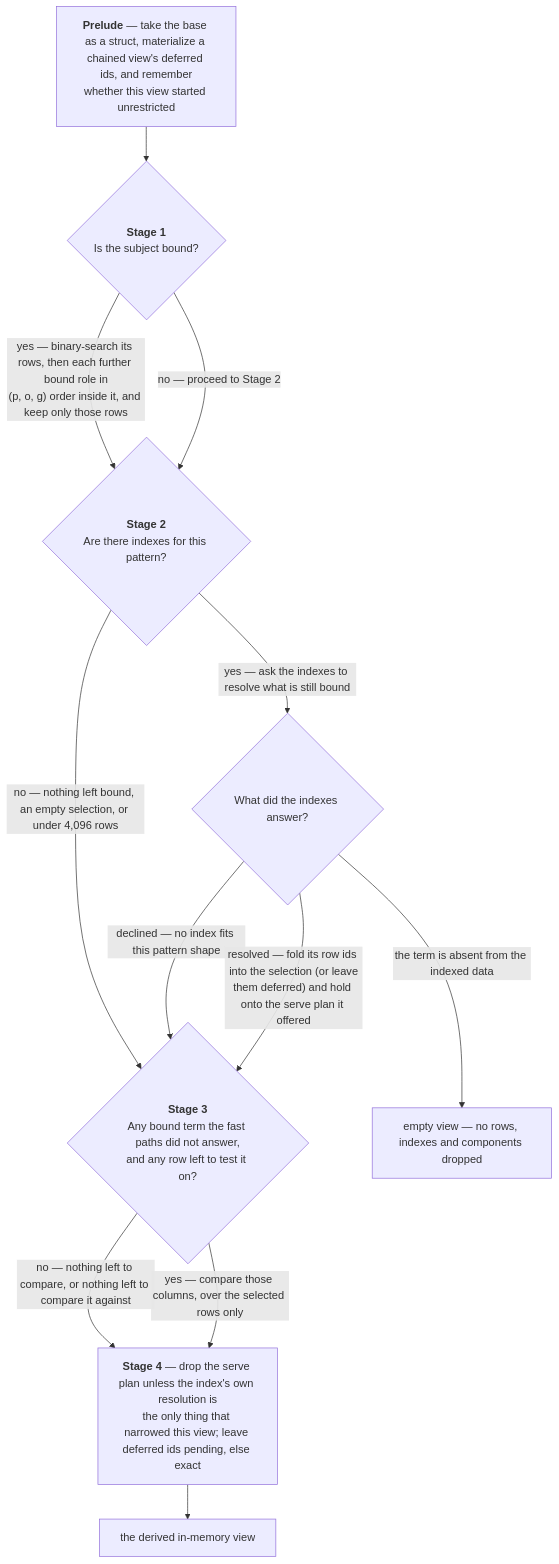
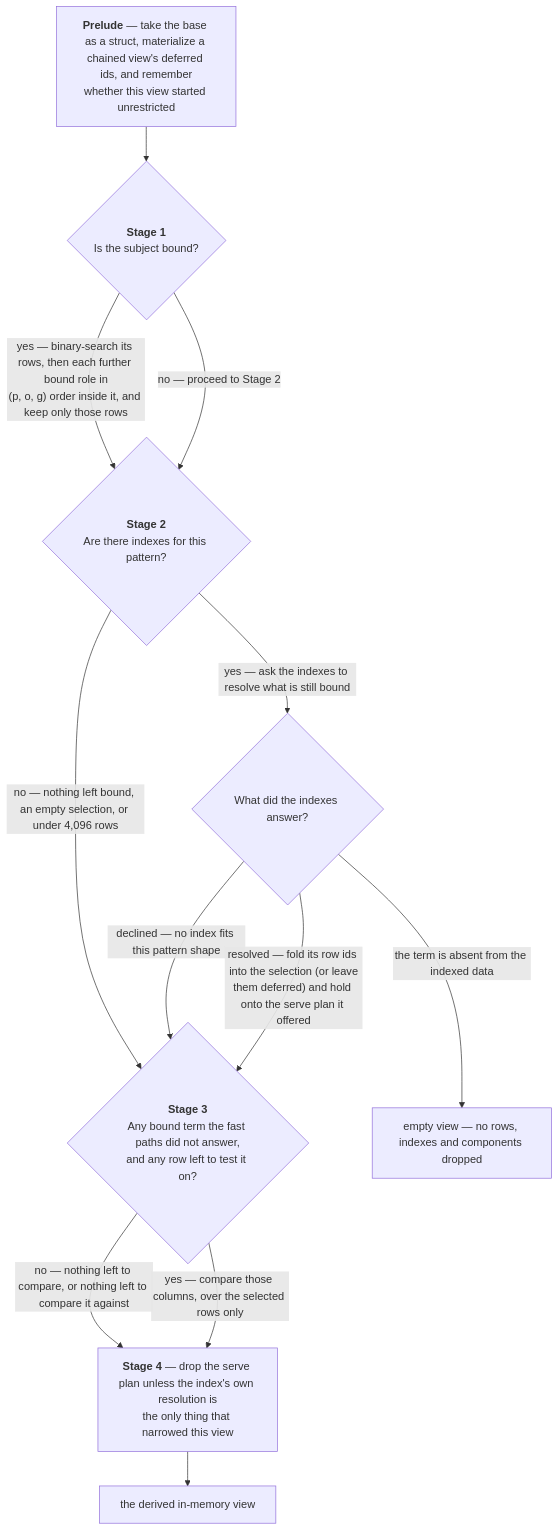
One commit to vortex-rdf/vortex-rdf changed the third of 5 diagrams in docs/matching.md. Above: the diagram before and after it, drawn with Mermaid. The commit also changed other lines of this file and 11 other files, not shown here.

````diff
--- a/docs/matching.md
+++ b/docs/matching.md
@@ -230,25 +230,25 @@
 ```mermaid
 flowchart TD
     S0["<b>Prelude</b> — take the base as a struct, materialize a chained view's deferred ids, and remember<br/>whether this view started unrestricted"] --> S1
 
     S1{"<b>Stage 1</b><br/>Is the subject bound?"}
     S1 -- "yes — binary-search its rows, then each further bound role in<br/>(p, o, g) order inside it, and keep only those rows" --> S2
     S1 -- "no — proceed to Stage 2" --> S2
 
     S2{"<b>Stage 2</b><br/>Are there indexes for this pattern?<br/>"}
     S2 -- "no — nothing left bound, an empty selection, or under 4,096 rows" --> S3
     S2 -- "yes — ask the indexes to resolve what is still bound" --> S2r
 
     S2r{"What did the indexes answer?"}
     S2r -- "the term is absent from the indexed data" --> X
     S2r -- "declined — no index fits this pattern shape" --> S3
     S2r -- "resolved — fold its row ids into the selection (or leave<br/>them deferred) and hold onto the serve plan it offered" --> S3
 
     S3{"<b>Stage 3</b><br/>Any bound term the fast paths did not answer,<br/>and any row left to test it on?"}
     S3 -- "no — nothing left to compare, or nothing left to compare it against" --> S4
     S3 -- "yes — compare those columns, over the selected rows only" --> S4
 
-    S4["<b>Stage 4</b> — drop the serve plan unless the index's own resolution is<br/>the only thing that narrowed this view; leave deferred ids pending, else exact"] --> S5["the derived in-memory view"]
+    S4["<b>Stage 4</b> — drop the serve plan unless the index's own resolution is<br/>the only thing that narrowed this view"] --> S5["the derived in-memory view"]
 
     X["empty view — no rows, indexes and components dropped"]
 ```
````
